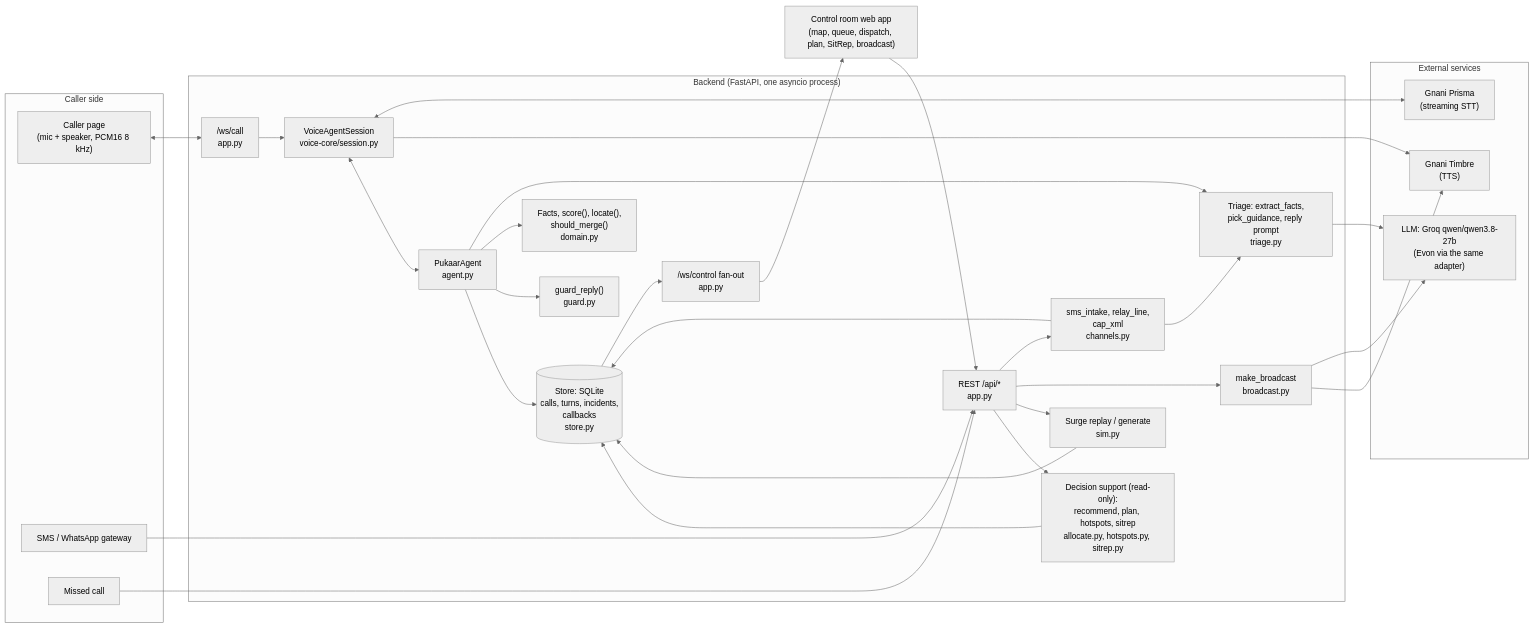
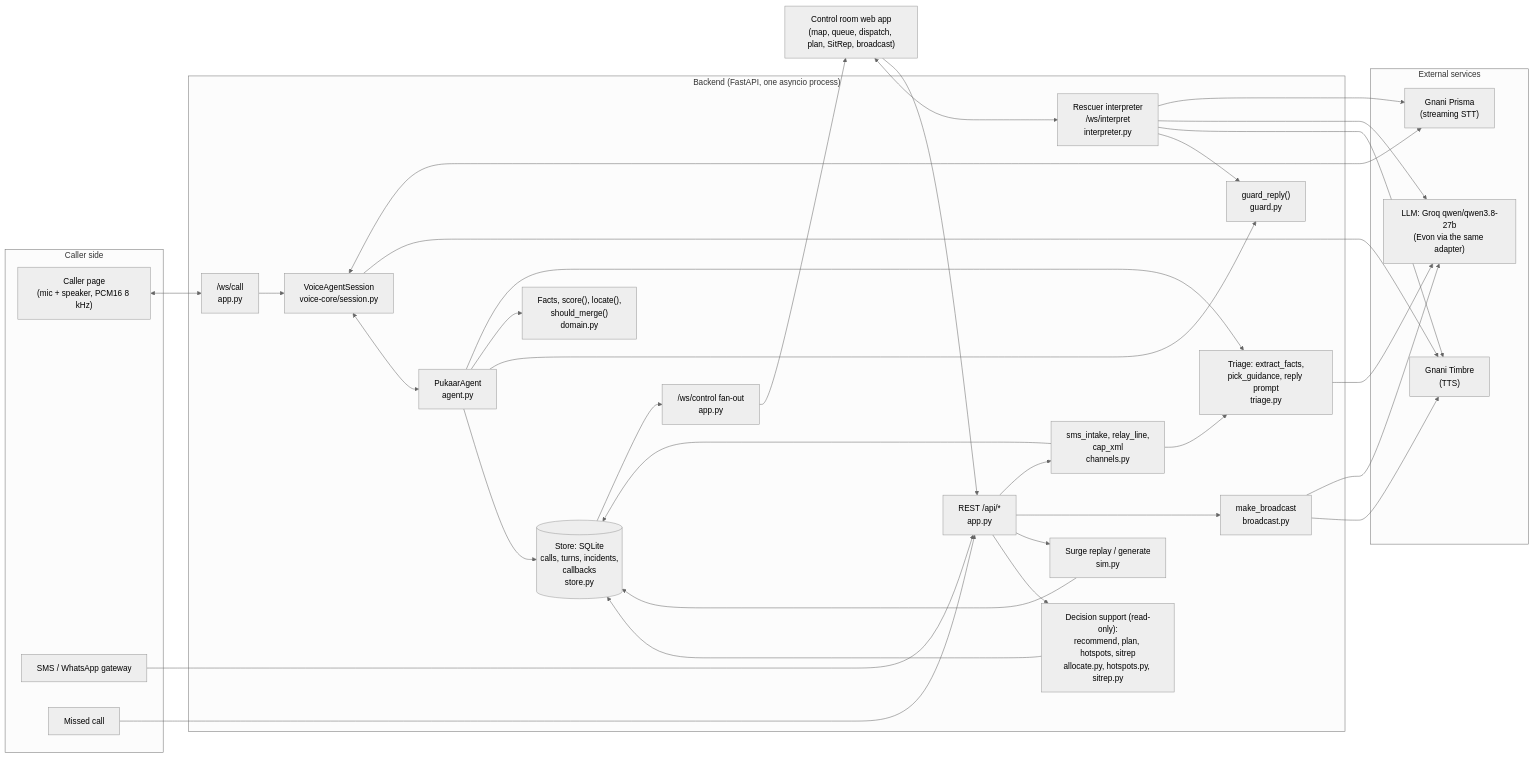
The diagram in docs/ARCHITECTURE.md (nitya-prakash-pandey-2005/pukaar), drawn with Mermaid (neutral theme) before and after one commit. The commit also changed other lines of this file and 4 other files, not shown here.

Commit message:
docs(interpreter): README section, /ws/interpret protocol, architecture and OpenAPI

````diff
--- a/docs/ARCHITECTURE.md
+++ b/docs/ARCHITECTURE.md
@@ -10,50 +10,56 @@
 ```mermaid
 flowchart LR
     subgraph callers["Caller side"]
         phone["Caller page<br/>(mic + speaker, PCM16 8 kHz)"]
         sms["SMS / WhatsApp gateway"]
         missed["Missed call"]
     end
 
     subgraph backend["Backend (FastAPI, one asyncio process)"]
         wscall["/ws/call<br/>app.py"]
         session["VoiceAgentSession<br/>voice-core/session.py"]
         agent["PukaarAgent<br/>agent.py"]
         triage["Triage: extract_facts,<br/>pick_guidance, reply prompt<br/>triage.py"]
         domain["Facts, score(), locate(),<br/>should_merge()<br/>domain.py"]
         guard["guard_reply()<br/>guard.py"]
         store[("Store: SQLite<br/>calls, turns, incidents,<br/>callbacks<br/>store.py")]
         channels["sms_intake, relay_line,<br/>cap_xml<br/>channels.py"]
+        interp["Rescuer interpreter<br/>/ws/interpret<br/>interpreter.py"]
         bcast["make_broadcast<br/>broadcast.py"]
         sim["Surge replay / generate<br/>sim.py"]
         decide["Decision support (read-only):<br/>recommend, plan, hotspots, sitrep<br/>allocate.py, hotspots.py, sitrep.py"]
         wsctl["/ws/control fan-out<br/>app.py"]
         rest["REST /api/*<br/>app.py"]
     end
 
     subgraph external["External services"]
         prisma["Gnani Prisma<br/>(streaming STT)"]
         timbre["Gnani Timbre<br/>(TTS)"]
         llm["LLM: Groq qwen/qwen3.8-27b<br/>(Evon via the same adapter)"]
     end
 
     ctl["Control room web app<br/>(map, queue, dispatch, plan, SitRep, broadcast)"]
 
     phone <--> wscall --> session
     session <--> prisma
     session --> timbre
     session <--> agent
     agent --> triage --> llm
     agent --> domain
     agent --> guard
     agent --> store
     sms --> rest --> channels --> triage
     missed --> rest
     channels --> store
     rest --> bcast --> llm
     bcast --> timbre
     rest --> sim --> store
     rest --> decide --> store
     store --> wsctl --> ctl
     ctl --> rest
+    ctl <--> interp
+    interp --> prisma
+    interp --> llm
+    interp --> timbre
+    interp --> guard
 ```
````
